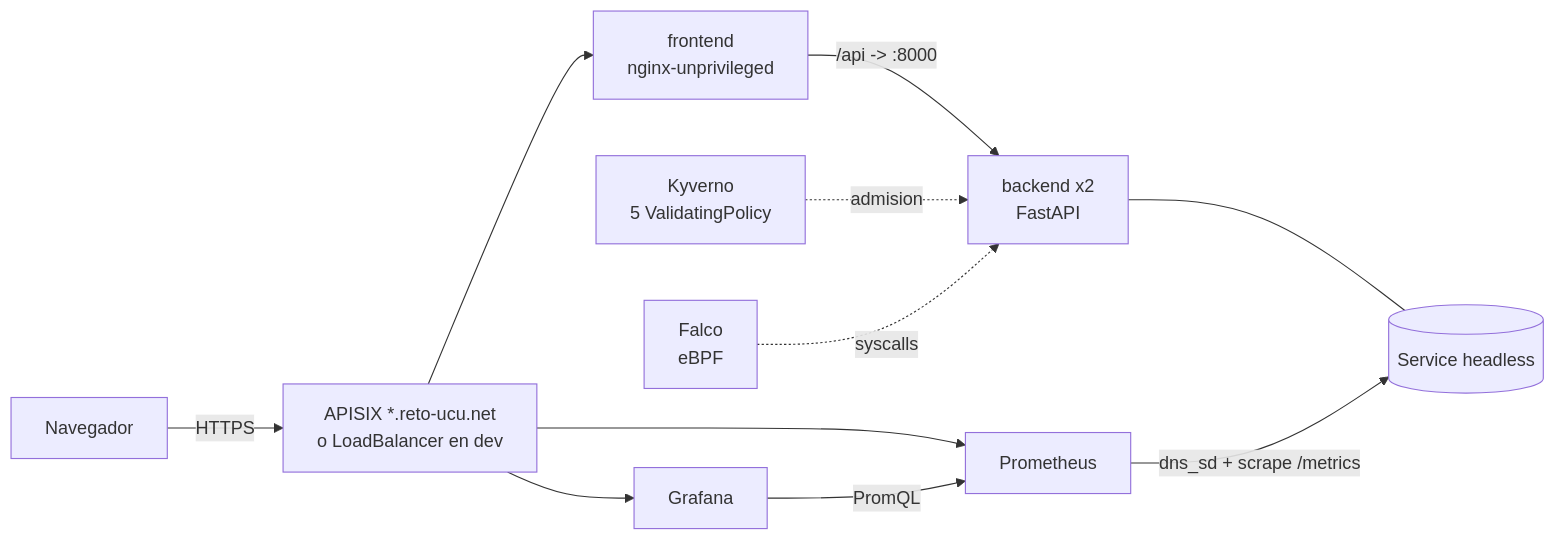
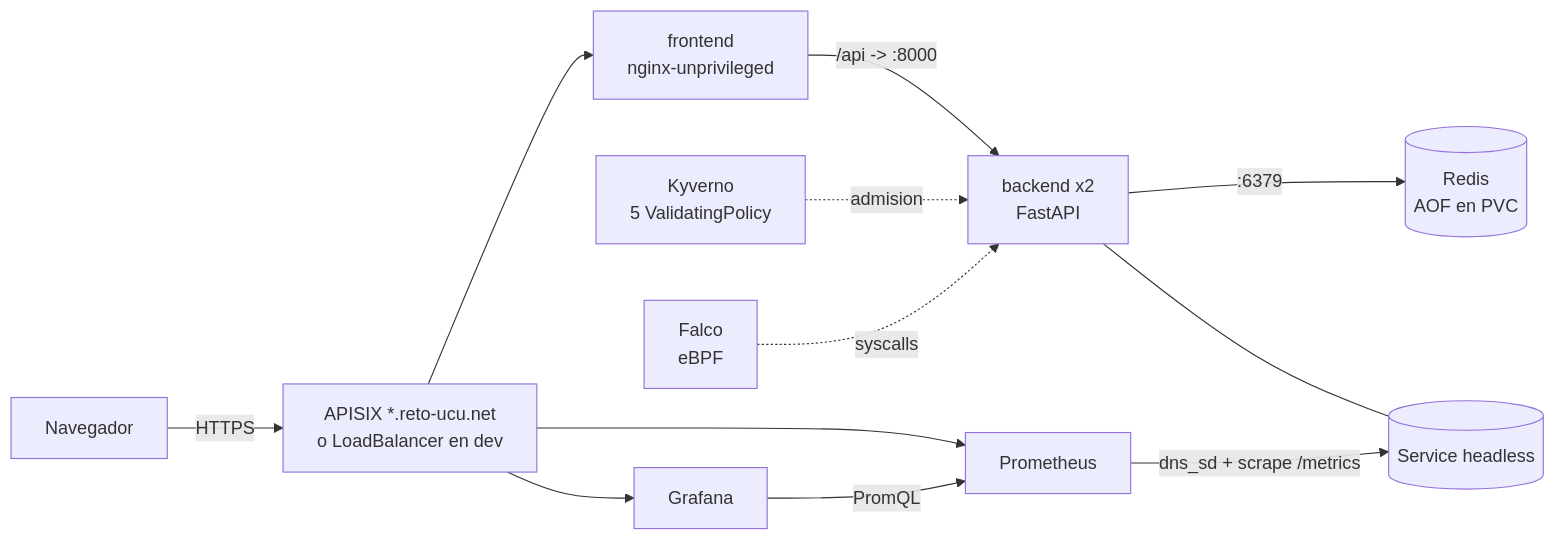
One commit to felicabrera/devops-entregable4 changed the diagram in README.md. Above: the diagram before and after it, drawn with Mermaid. The commit also changed other lines of this file and 24 other files, not shown here.

````diff
--- a/README.md
+++ b/README.md
@@ -71,13 +74,14 @@
 ```mermaid
 flowchart LR
     U[Navegador] -->|HTTPS| R[APISIX *.reto-ucu.net<br/>o LoadBalancer en dev]
     R --> F[frontend<br/>nginx-unprivileged]
     R --> G[Grafana]
     R --> P[Prometheus]
     F -->|/api -> :8000| B[backend x2<br/>FastAPI]
+    B -->|:6379| RD[(Redis<br/>AOF en PVC)]
     B --- H[(Service headless)]
     P -->|dns_sd + scrape /metrics| H
     G -->|PromQL| P
     K[Kyverno<br/>5 ValidatingPolicy] -. admision .-> B
     FA[Falco<br/>eBPF] -. syscalls .-> B
 ```
````
